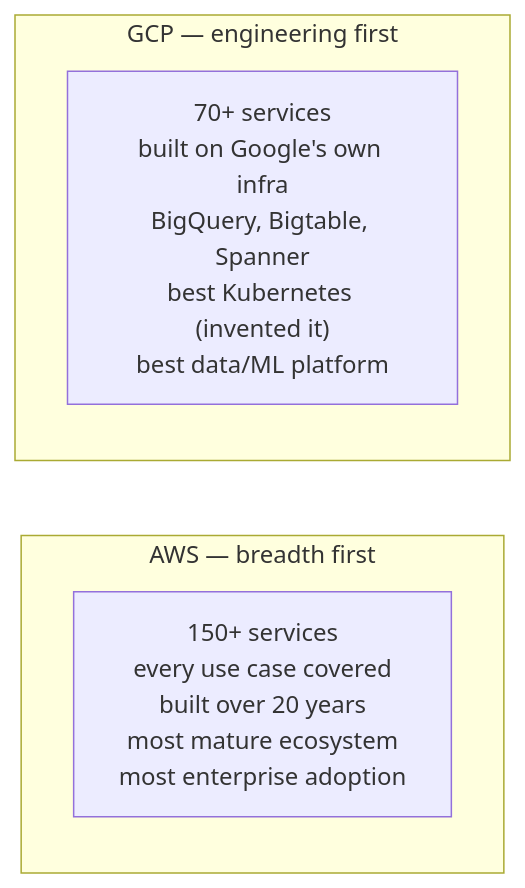
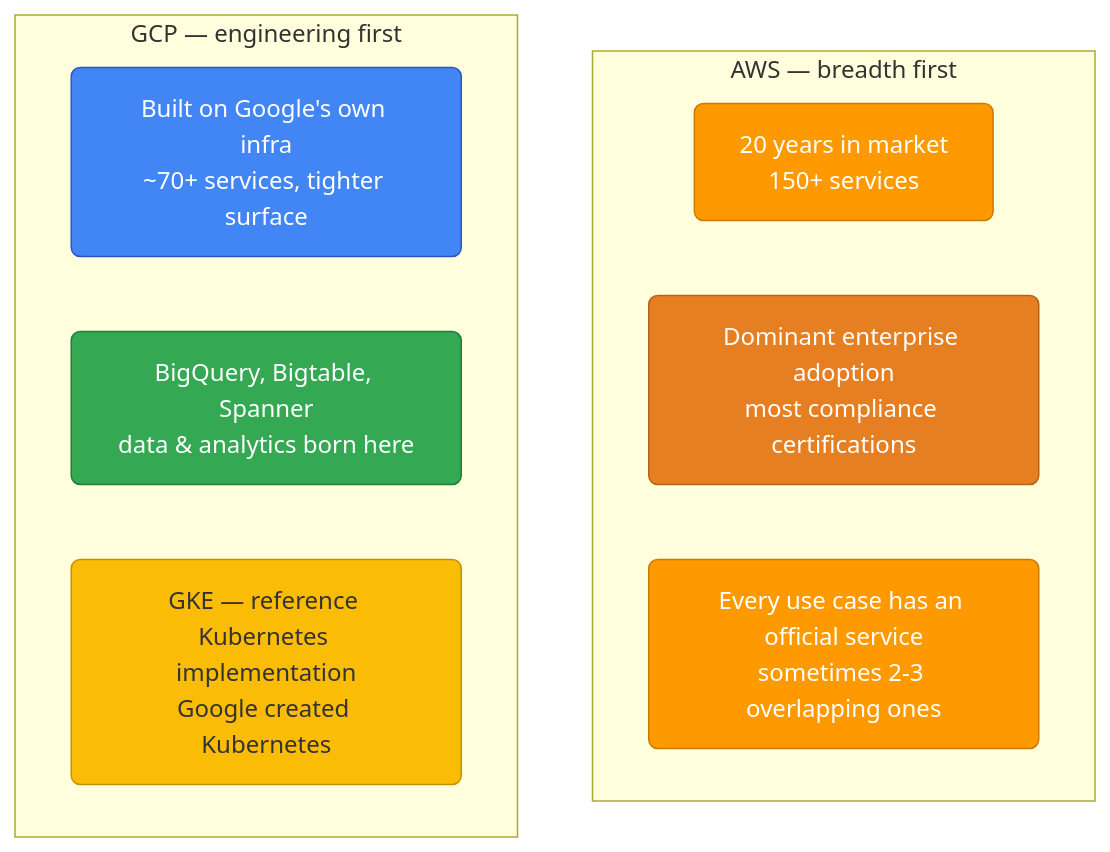
Before and after one commit to deepanshu-rawat6/DevOpsIndex: the first of 2 diagrams in gcp/gcp-vs-aws.md, drawn with Mermaid. The commit also changed other lines of this file and 14 other files, not shown here.

````diff
--- a/gcp/gcp-vs-aws.md
+++ b/gcp/gcp-vs-aws.md
@@ -7,9 +12,20 @@
 ```mermaid
-graph LR
+graph TB
+    classDef history fill:#ff9900,stroke:#cc7a00,color:#fff,rx:6
+    classDef adoption fill:#e67e22,stroke:#ba6018,color:#fff,rx:6
+    classDef infra fill:#4285f4,stroke:#2a56c6,color:#fff,rx:6
+    classDef data fill:#34a853,stroke:#1e7e34,color:#fff,rx:6
+    classDef k8s fill:#fbbc05,stroke:#c79000,color:#333,rx:6
+
     subgraph AWS["AWS — breadth first"]
-        A1["150+ services<br>every use case covered<br>built over 20 years<br>most mature ecosystem<br>most enterprise adoption"]
+        A1["20 years in market<br/>150+ services"]:::history
+        A2["Dominant enterprise adoption<br/>most compliance certifications"]:::adoption
+        A3["Every use case has an official service<br/>sometimes 2-3 overlapping ones"]:::history
     end
+
     subgraph GCP["GCP — engineering first"]
-        G1["70+ services<br>built on Google's own infra<br>BigQuery, Bigtable, Spanner<br>best Kubernetes (invented it)<br>best data/ML platform"]
+        G1["Built on Google's own infra<br/>~70+ services, tighter surface"]:::infra
+        G2["BigQuery, Bigtable, Spanner<br/>data & analytics born here"]:::data
+        G3["GKE — reference Kubernetes implementation<br/>Google created Kubernetes"]:::k8s
     end
 ```
````
